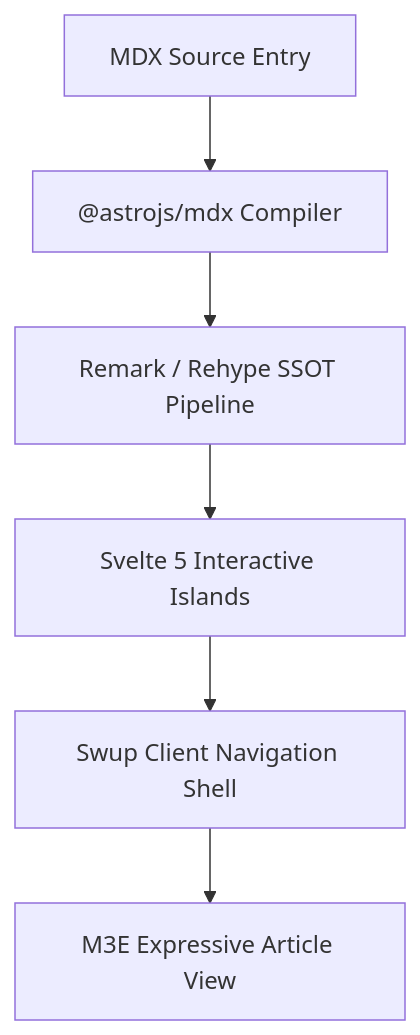
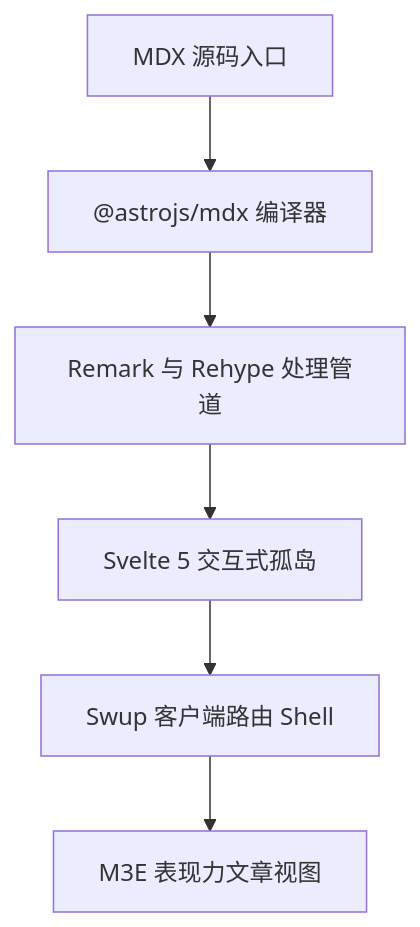
Before and after one commit to Dawn6666666/Shirone: the diagram in src/content/posts/mdx-showcase.mdx, drawn with Mermaid. The commit also changed other lines of this file and 28 other files, not shown here.

````diff
--- a/src/content/posts/mdx-showcase.mdx
+++ b/src/content/posts/mdx-showcase.mdx
@@ -276,8 +277,8 @@
 ```mermaid
 flowchart TD
-    MDX[MDX Source Entry] --> Compiler["@astrojs/mdx Compiler"]
-    Compiler --> Plugins["Remark / Rehype SSOT Pipeline"]
-    Plugins --> Islands["Svelte 5 Interactive Islands"]
-    Islands --> Swup["Swup Client Navigation Shell"]
-    Swup --> Screen["M3E Expressive Article View"]
+    MDX[MDX 源码入口] --> Compiler["@astrojs/mdx 编译器"]
+    Compiler --> Plugins["Remark 与 Rehype 处理管道"]
+    Plugins --> Islands["Svelte 5 交互式孤岛"]
+    Islands --> Swup["Swup 客户端路由 Shell"]
+    Swup --> Screen["M3E 表现力文章视图"]
 ```
````
